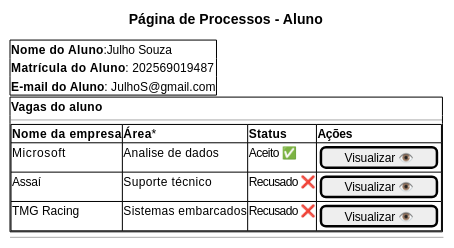
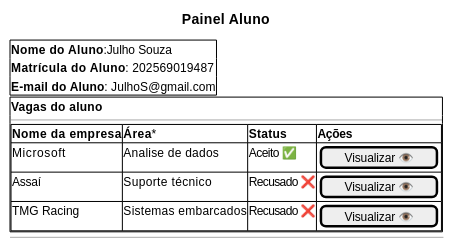
The ninth of 9 diagrams in docs/Iniciacao/prototipo_baixa_fidelidade.md (Projetos-de-Extensao/PBE_26.1_8002_I), drawn with PlantUML before and after one commit. The commit also changed other lines of this file, not shown here.

Commit message:
Adequações

````diff
--- a/docs/Iniciacao/prototipo_baixa_fidelidade.md
+++ b/docs/Iniciacao/prototipo_baixa_fidelidade.md
@@ -269,30 +269,30 @@
 ```plantuml
 @startsalt
-title Página de Processos - Aluno
+title Painel Aluno
 {
     {+
   **Nome do Aluno**:Julho Souza
   **Matrícula do Aluno**: 202569019487
   **E-mail do Aluno**: JulhoS@gmail.com 
     
     }
   {+
     **Vagas do aluno**
     --
     
     {#
       **Nome da empresa** | **Área*** | **Status** | **Ações**
 
       Microsoft | Analise de dados |Aceito ✅ | {[Visualizar 👁️]}
       
       Assaí | Suporte técnico | Recusado ❌ | {[Visualizar 👁️]}
 
       TMG Racing | Sistemas embarcados|  Recusado ❌| {[Visualizar 👁️]}
     }
   }
     -------
     {
   }
 }
 @endsalt
 ```
````
